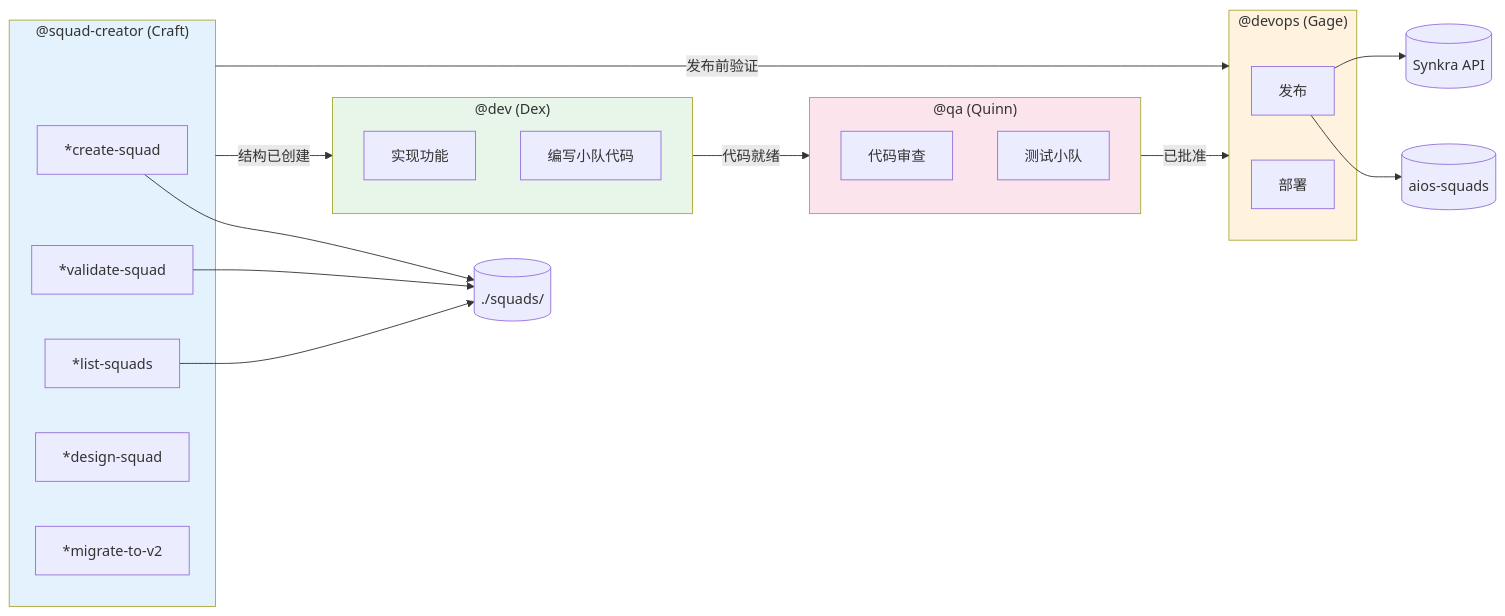
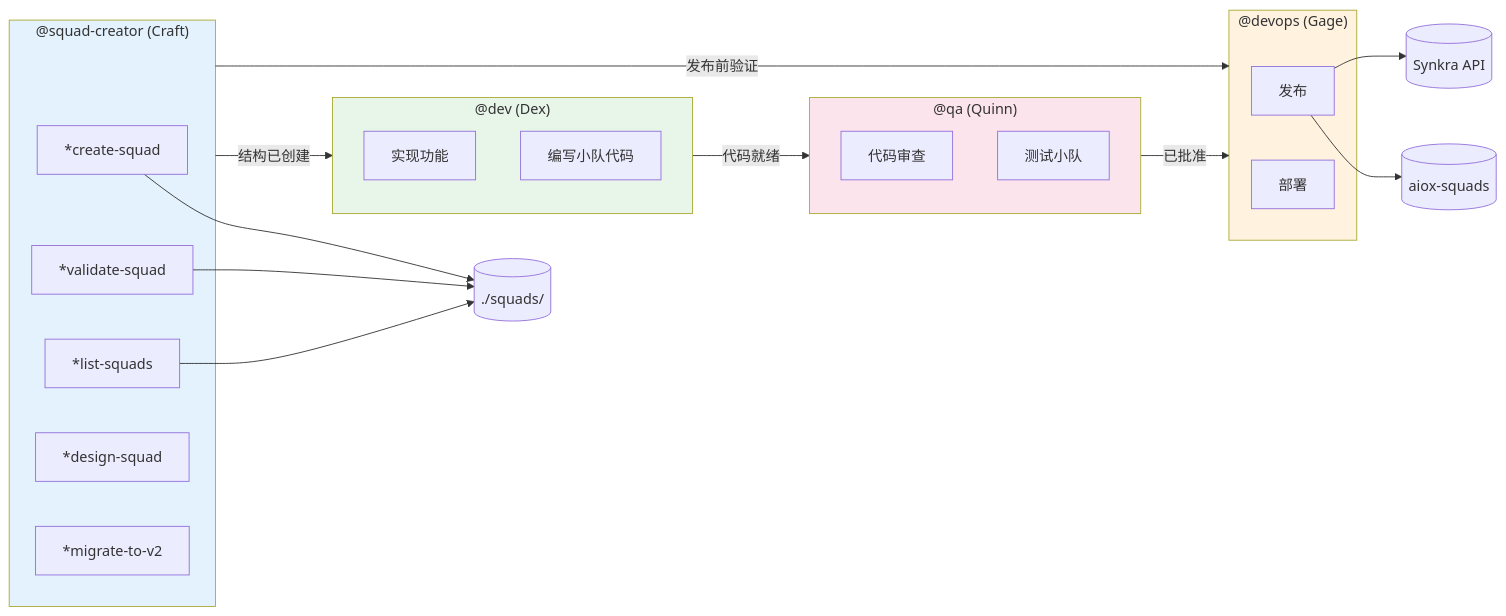
The fifth of 6 diagrams in docs/zh/aiox-agent-flows/squad-creator-system.md (henriquetj159/henriquetj), drawn with Mermaid before and after one commit. The commit also changed other lines of this file and 2056 other files, not shown here.

First line of the commit message:
chore: update aios→aiox references in file contents

````diff
--- a/docs/zh/aiox-agent-flows/squad-creator-system.md
+++ b/docs/zh/aiox-agent-flows/squad-creator-system.md
@@ -433,45 +433,45 @@
 ```mermaid
 flowchart LR
     subgraph SQUAD_CREATOR["@squad-creator (Craft)"]
         SC_CREATE["*create-squad"]
         SC_VALIDATE["*validate-squad"]
         SC_LIST["*list-squads"]
         SC_DESIGN["*design-squad"]
         SC_MIGRATE["*migrate-to-v2"]
     end
 
     subgraph DEV["@dev (Dex)"]
         DEV_IMPL["实现功能"]
         DEV_CODE["编写小队代码"]
     end
 
     subgraph QA["@qa (Quinn)"]
         QA_REVIEW["代码审查"]
         QA_TEST["测试小队"]
     end
 
     subgraph DEVOPS["@devops (Gage)"]
         DEVOPS_PUB["发布"]
         DEVOPS_DEPLOY["部署"]
     end
 
     SQUAD_CREATOR -->|"结构已创建"| DEV
     DEV -->|"代码就绪"| QA
     QA -->|"已批准"| DEVOPS
     SQUAD_CREATOR -->|"发布前验证"| DEVOPS
 
     SQUADS[("./squads/")]
-    AIOS_SQUADS[("aios-squads")]
+    AIOX_SQUADS[("aiox-squads")]
     SYNKRA[("Synkra API")]
 
     SC_CREATE --> SQUADS
     SC_VALIDATE --> SQUADS
     SC_LIST --> SQUADS
-    DEVOPS_PUB --> AIOS_SQUADS
+    DEVOPS_PUB --> AIOX_SQUADS
     DEVOPS_PUB --> SYNKRA
 
     style SQUAD_CREATOR fill:#e3f2fd
     style DEV fill:#e8f5e9
     style QA fill:#fce4ec
     style DEVOPS fill:#fff3e0
 ```
````
